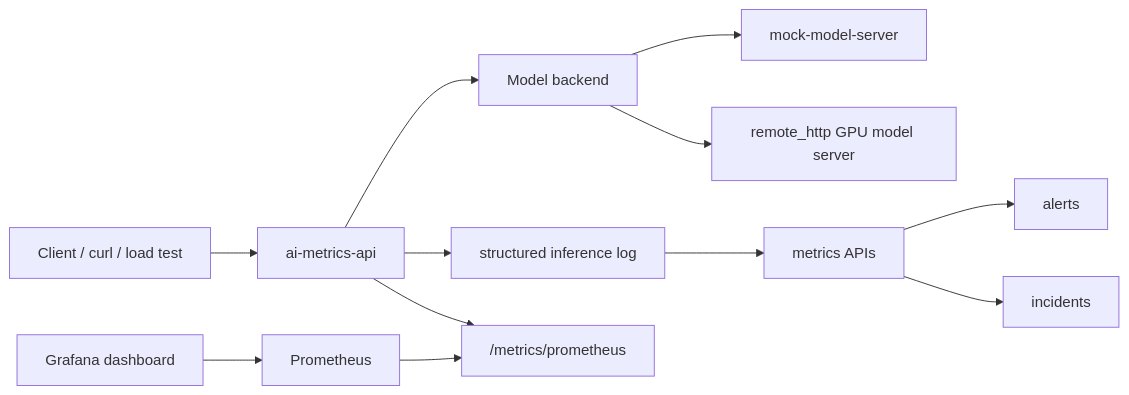
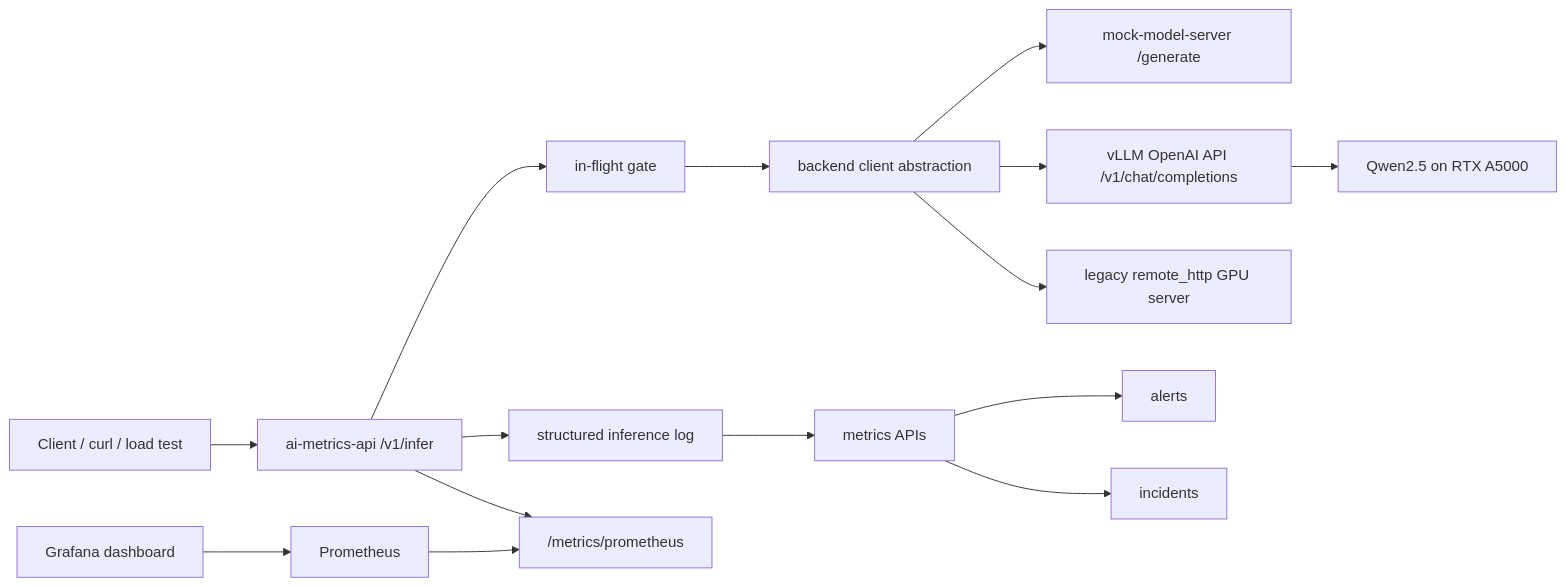
The diagram in README.md (TEWBB66/ai-infra-learning), drawn with Mermaid before and after one commit. The commit also changed other lines of this file, not shown here.

Commit message:
Refresh README for vLLM serving benchmark

````diff
--- a/README.md
+++ b/README.md
@@ -38,18 +44,23 @@
 ```mermaid
 flowchart LR
-    Client["Client / curl / load test"] --> API["ai-metrics-api"]
+    Client["Client / curl / load test"] --> API["ai-metrics-api /v1/infer"]
 
-    API --> Backend["Model backend"]
-    Backend --> Mock["mock-model-server"]
-    Backend --> GPU["remote_http GPU model server"]
+    API --> Gate["in-flight gate"]
+    Gate --> BackendClient["backend client abstraction"]
+
+    BackendClient --> Mock["mock-model-server /generate"]
+    BackendClient --> VLLM["vLLM OpenAI API /v1/chat/completions"]
+    BackendClient --> LegacyGPU["legacy remote_http GPU server"]
+
+    VLLM --> Qwen["Qwen2.5 on RTX A5000"]
 
     API --> Logs["structured inference log"]
     Logs --> Metrics["metrics APIs"]
     API --> Prom["/metrics/prometheus"]
 
     Prometheus["Prometheus"] --> Prom
     Grafana["Grafana dashboard"] --> Prometheus
 
     Metrics --> Alerts["alerts"]
     Metrics --> Incidents["incidents"]
 ```
````
